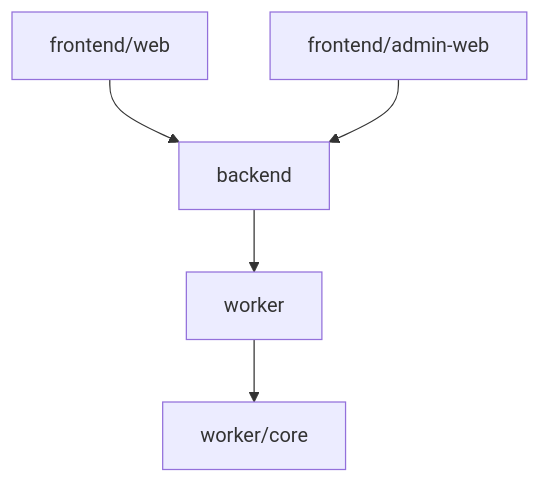
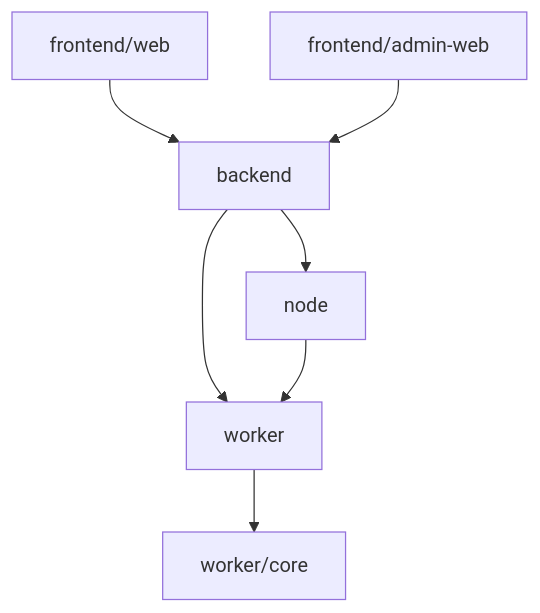
One commit to zzc-101/Kross changed the first of 2 diagrams in docs/technical-overview.md. Above: the diagram before and after it, drawn with Mermaid. The commit also changed other lines of this file and 42 other files, not shown here.

````diff
--- a/docs/technical-overview.md
+++ b/docs/technical-overview.md
@@ -12,7 +12,9 @@
 ```mermaid
 flowchart TB
     WEB["frontend/web"] --> BACKEND["backend"]
     ADMIN["frontend/admin-web"] --> BACKEND
     BACKEND --> WORKER["worker"]
+    BACKEND --> NODE["node"]
+    NODE --> WORKER
     WORKER --> CORE["worker/core"]
 ```
````
